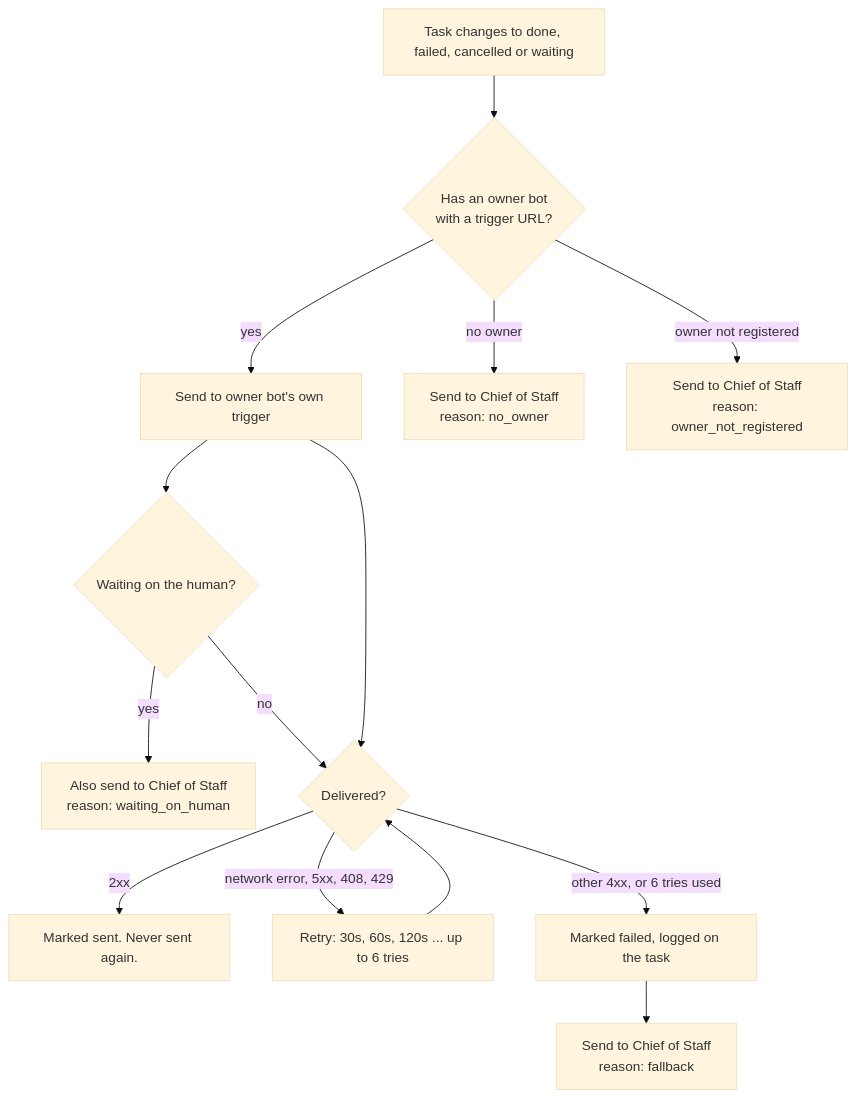
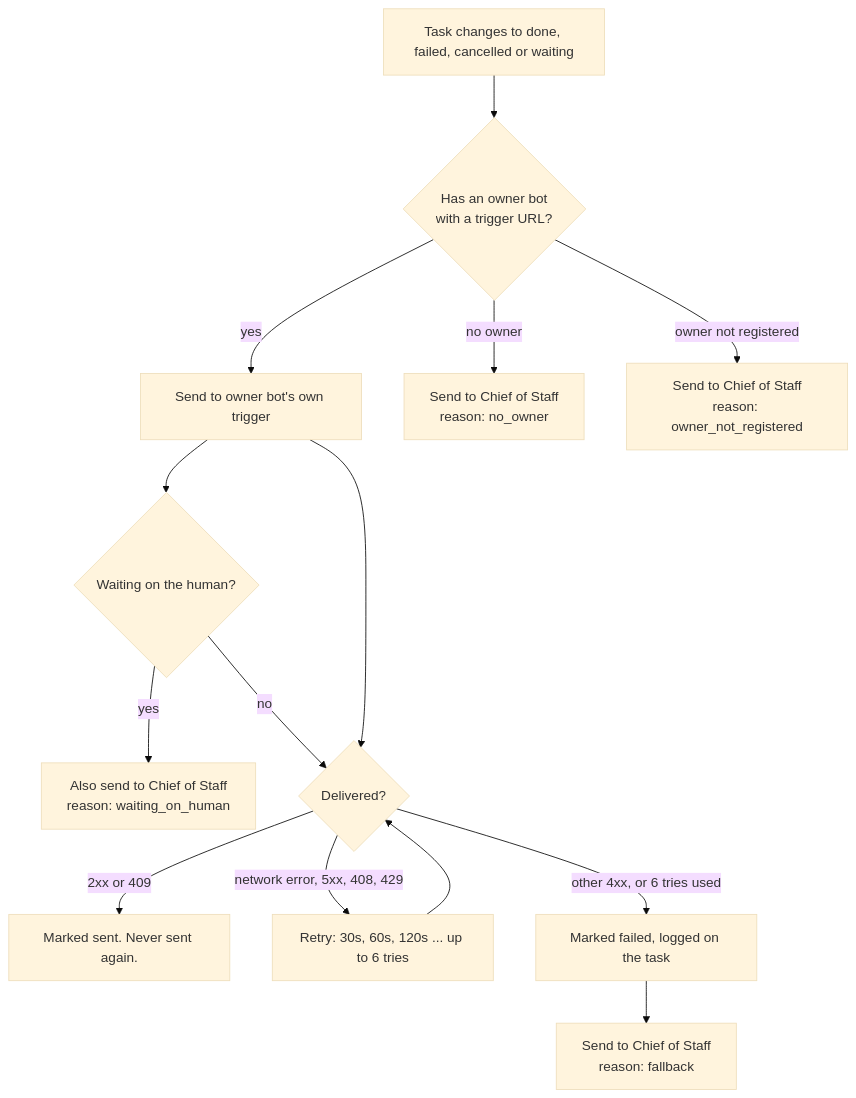
Before and after one commit to giltotherescue/agent-swarm-kit: the diagram in docs/results-routing.md, drawn with Mermaid (base theme). The commit also changed other lines of this file and 16 other files, not shown here.

````diff
--- a/docs/results-routing.md
+++ b/docs/results-routing.md
@@ -19,16 +27,16 @@
 ```mermaid
 flowchart TD
     E[Task changes to done, failed, cancelled or waiting] --> O{Has an owner bot<br/>with a trigger URL?}
     O -- yes --> P[Send to owner bot's own trigger]
     O -- "no owner" --> C[Send to Chief of Staff<br/>reason: no_owner]
     O -- "owner not registered" --> C2[Send to Chief of Staff<br/>reason: owner_not_registered]
     P --> H{Waiting on the human?}
     H -- yes --> C3[Also send to Chief of Staff<br/>reason: waiting_on_human]
     H -- no --> D
     P --> D{Delivered?}
-    D -- "2xx" --> OK[Marked sent. Never sent again.]
+    D -- "2xx or 409" --> OK[Marked sent. Never sent again.]
     D -- "network error, 5xx, 408, 429" --> R[Retry: 30s, 60s, 120s ... up to 6 tries]
     R --> D
     D -- "other 4xx, or 6 tries used" --> F[Marked failed, logged on the task]
     F --> C4[Send to Chief of Staff<br/>reason: fallback]
 ```
````
